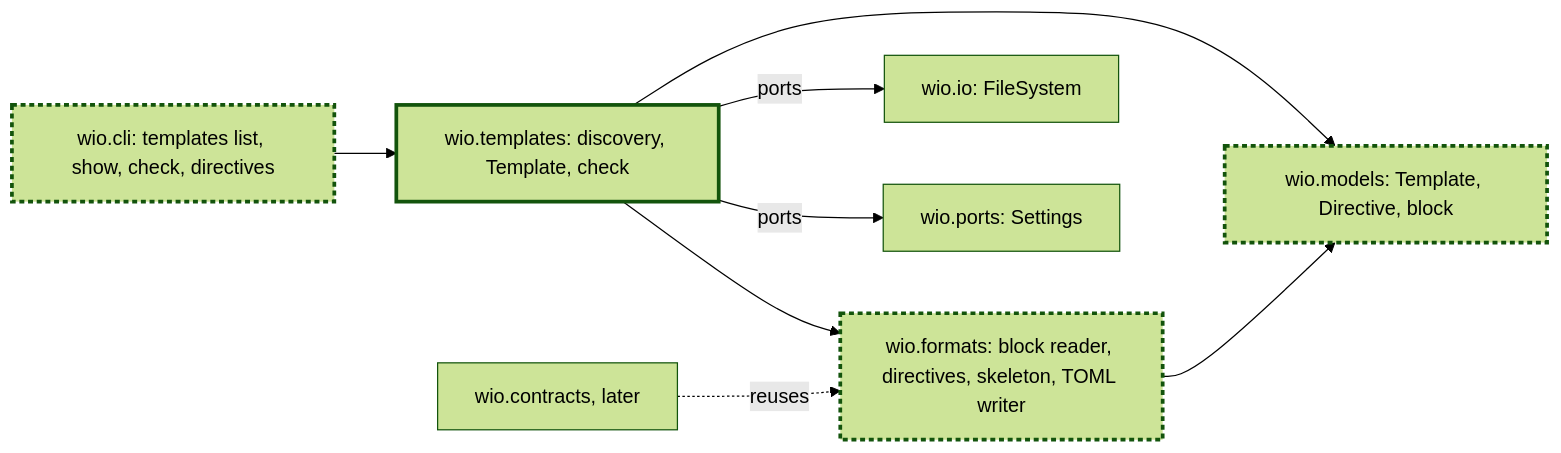
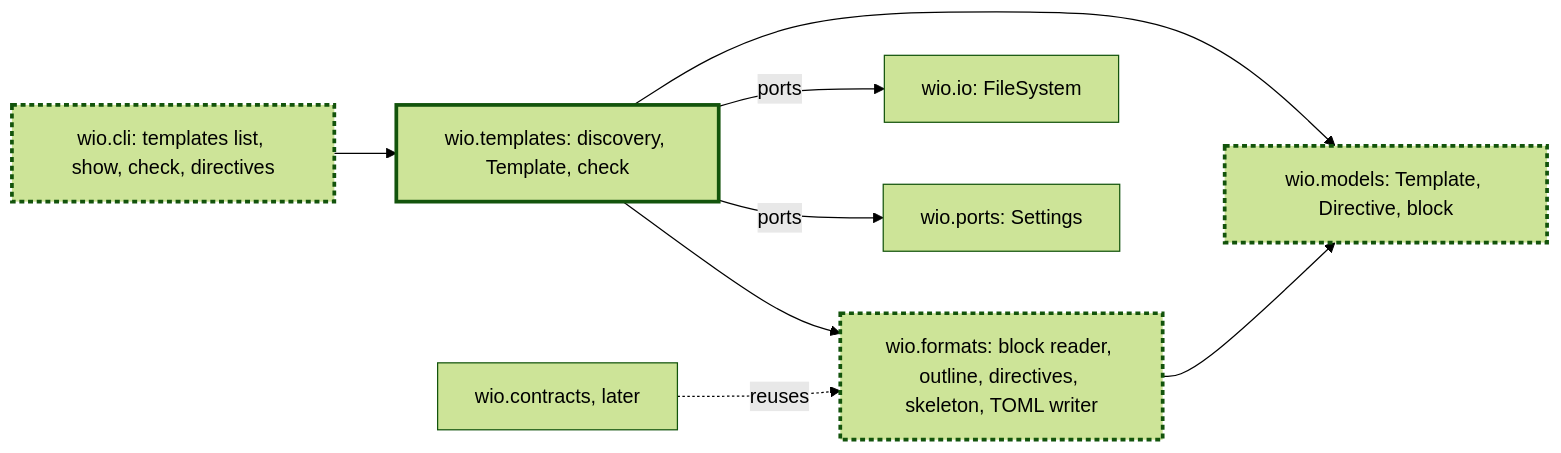
One commit to msitarz/wio changed the diagram in .agents/wio/works/templates/README.md. Above: the diagram before and after it, drawn with Mermaid (forest theme). The commit also changed other lines of this file and 9 other files, not shown here.

````diff
--- a/.agents/wio/works/templates/README.md
+++ b/.agents/wio/works/templates/README.md
@@ -137,19 +141,19 @@
 ```mermaid
 flowchart LR
     cli["wio.cli: templates list, show, check, directives"]:::changed
     templates["wio.templates: discovery, Template, check"]:::new
-    formats["wio.formats: block reader, directives, skeleton, TOML writer"]:::changed
+    formats["wio.formats: block reader, outline, directives, skeleton, TOML writer"]:::changed
     models["wio.models: Template, Directive, block"]:::changed
     io["wio.io: FileSystem"]
     settings["wio.ports: Settings"]
     contracts["wio.contracts, later"]
     cli --> templates
     templates --> formats
     templates --> models
     templates -- "ports" --> io
     templates -- "ports" --> settings
     formats --> models
     contracts -. "reuses" .-> formats
     classDef new stroke-width: 3px
     classDef changed stroke-width: 3px,stroke-dasharray: 4 3
 ```
````
